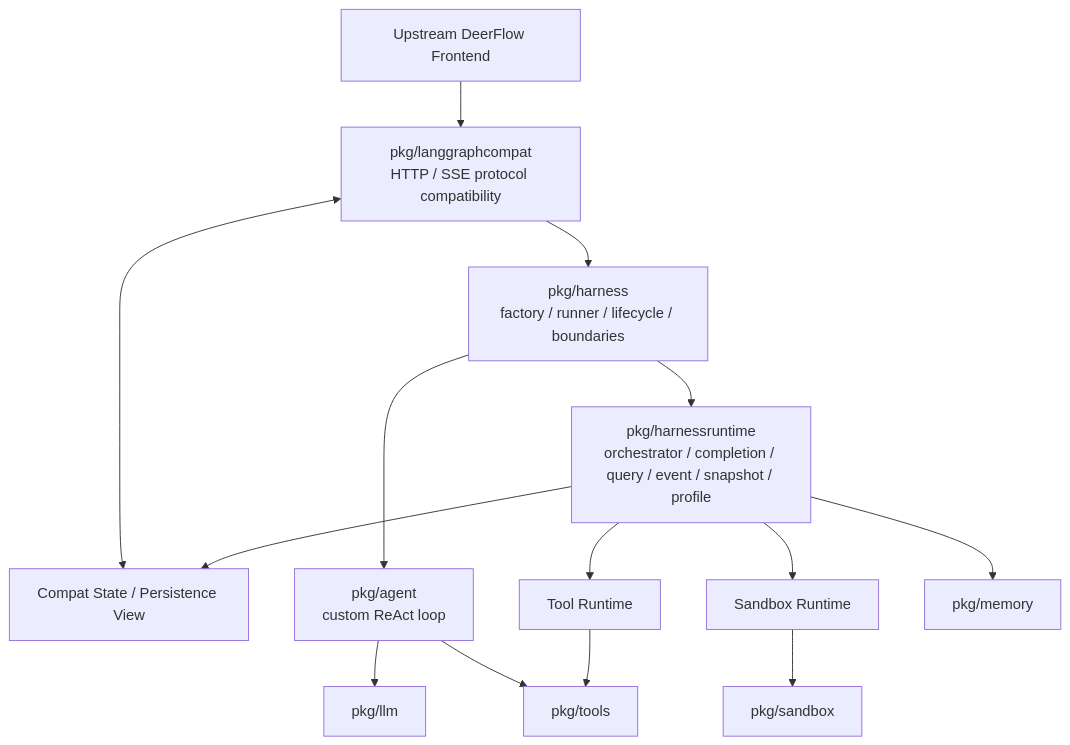
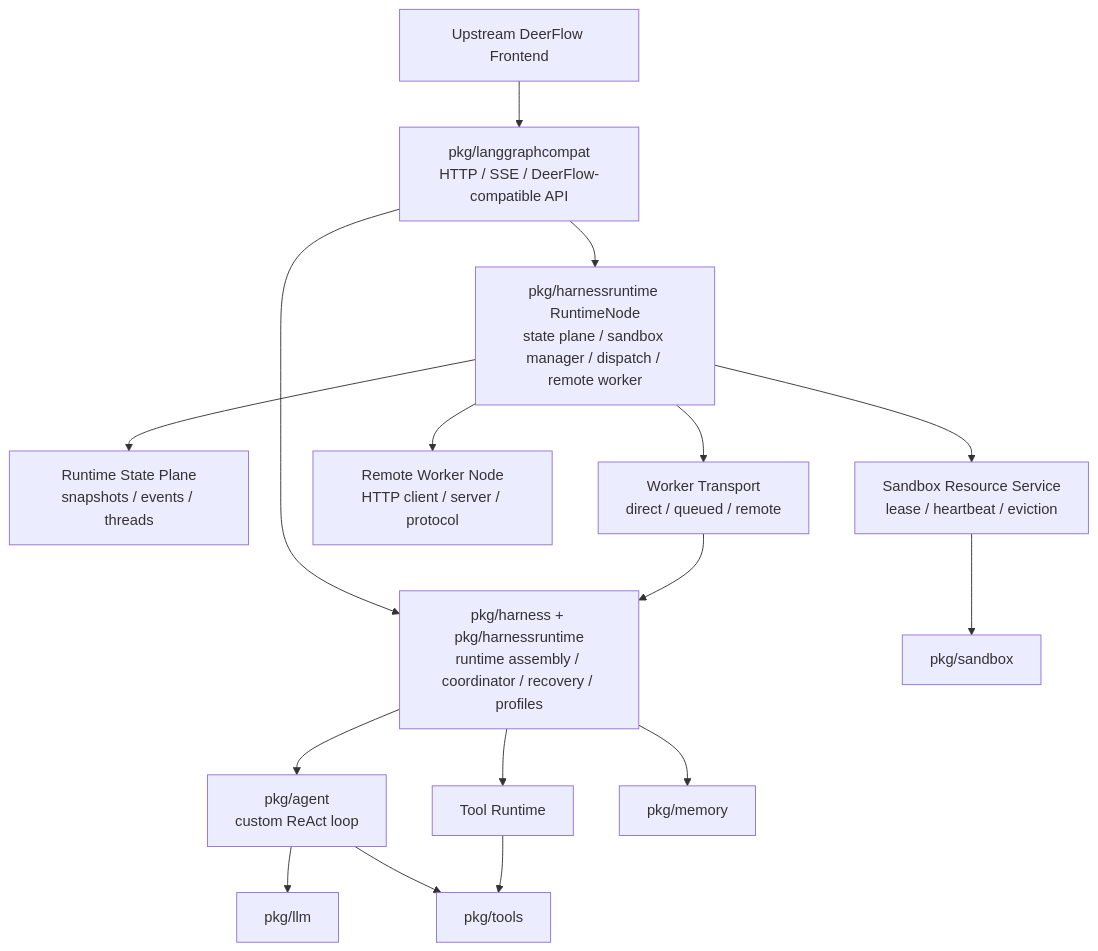
One commit to axeprpr/deerflow-go changed the second of 2 diagrams in README.md. Above: the diagram before and after it, drawn with Mermaid. The commit also changed other lines of this file and 1 other file, not shown here.

Commit message:
Refresh README architecture and remaining TODOs

````diff
--- a/README.md
+++ b/README.md
@@ -42,29 +42,33 @@
 ```mermaid
 flowchart TD
     UI[Upstream DeerFlow Frontend]
-    Compat[pkg/langgraphcompat<br/>HTTP / SSE protocol compatibility]
-    CompatState[Compat State / Persistence View]
-    Harness[pkg/harness<br/>factory / runner / lifecycle / boundaries]
-    Runtime[pkg/harnessruntime<br/>orchestrator / completion / query / event / snapshot / profile]
+    Compat[pkg/langgraphcompat<br/>HTTP / SSE / DeerFlow-compatible API]
+    Node[pkg/harnessruntime RuntimeNode<br/>state plane / sandbox manager / dispatch / remote worker]
+    Runtime[pkg/harness + pkg/harnessruntime<br/>runtime assembly / coordinator / recovery / profiles]
     Agent[pkg/agent<br/>custom ReAct loop]
+    State[Runtime State Plane<br/>snapshots / events / threads]
+    Dispatch[Worker Transport<br/>direct / queued / remote]
+    Remote[Remote Worker Node<br/>HTTP client / server / protocol]
+    SandboxMgr[Sandbox Resource Service<br/>lease / heartbeat / eviction]
     ToolRuntime[Tool Runtime]
-    SandboxRuntime[Sandbox Runtime]
     Providers[pkg/llm]
     Tools[pkg/tools]
     Memory[pkg/memory]
     Sandbox[pkg/sandbox]
 
     UI --> Compat
-    Compat <--> CompatState
-    Compat --> Harness
-    Harness --> Runtime
-    Harness --> Agent
+    Compat --> Node
+    Compat --> Runtime
+    Node --> State
+    Node --> Dispatch
+    Node --> Remote
+    Node --> SandboxMgr
+    Runtime --> Agent
     Runtime --> ToolRuntime
-    Runtime --> SandboxRuntime
-    Runtime --> CompatState
+    Runtime --> Memory
+    Dispatch --> Runtime
     Agent --> Providers
     Agent --> Tools
     ToolRuntime --> Tools
-    Runtime --> Memory
-    SandboxRuntime --> Sandbox
+    SandboxMgr --> Sandbox
 ```
````
